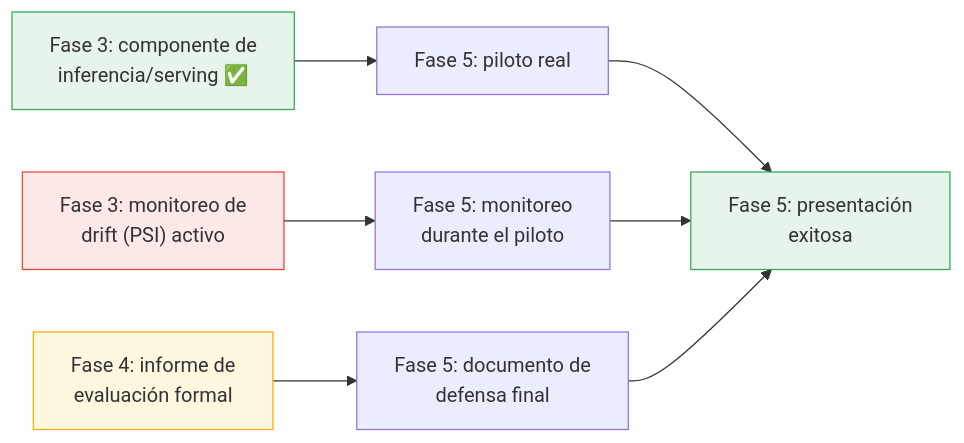
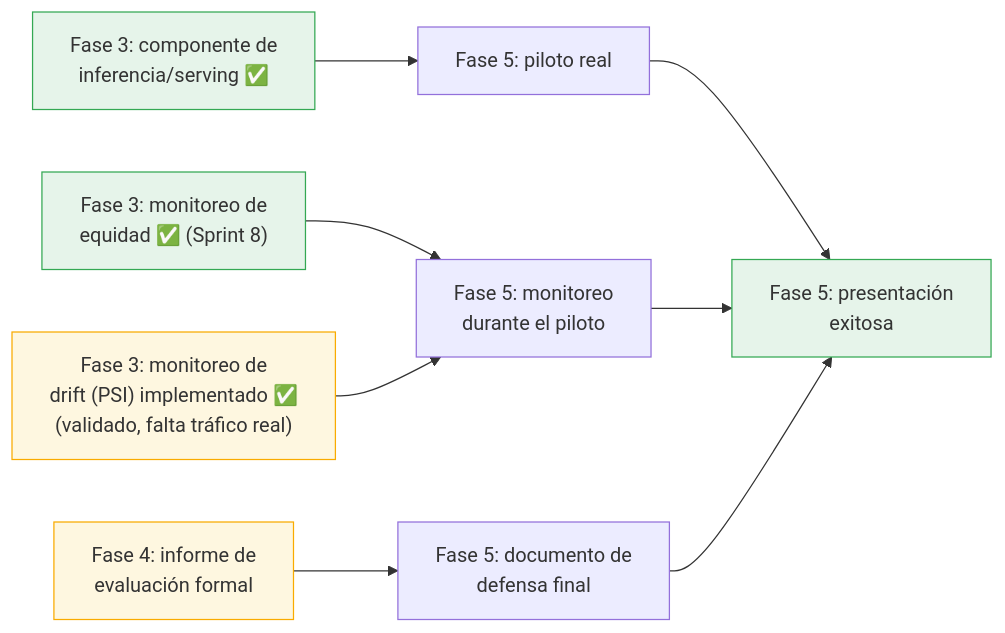
The diagram in 05_documentacion/DIAGNOSTICO_FASES_3_4_5.md (LuisChica18/proyecto-mia-rocktec), drawn with Mermaid before and after one commit. The commit also changed other lines of this file and 10 other files, not shown here.

````diff
--- a/05_documentacion/DIAGNOSTICO_FASES_3_4_5.md
+++ b/05_documentacion/DIAGNOSTICO_FASES_3_4_5.md
@@ -101,14 +119,16 @@
 ```mermaid
 flowchart LR
     F3A["Fase 3: componente de\ninferencia/serving ✅"] --> F5A["Fase 5: piloto real"]
-    F3B["Fase 3: monitoreo de\ndrift (PSI) activo"] --> F5B["Fase 5: monitoreo\ndurante el piloto"]
+    F3C["Fase 3: monitoreo de\nequidad ✅ (Sprint 8)"] --> F5B
+    F3B["Fase 3: monitoreo de\ndrift (PSI) implementado ✅\n(validado, falta tráfico real)"] --> F5B["Fase 5: monitoreo\ndurante el piloto"]
     F4["Fase 4: informe de\nevaluación formal"] --> F5C["Fase 5: documento de\ndefensa final"]
     F5A --> F5D["Fase 5: presentación\nexitosa"]
     F5B --> F5D
     F5C --> F5D
 
     style F3A fill:#e6f4ea,stroke:#34a853
-    style F3B fill:#fce8e6,stroke:#ea4335
+    style F3C fill:#e6f4ea,stroke:#34a853
+    style F3B fill:#fef7e0,stroke:#f9ab00
     style F4 fill:#fef7e0,stroke:#f9ab00
     style F5D fill:#e6f4ea,stroke:#34a853
 ```
````
